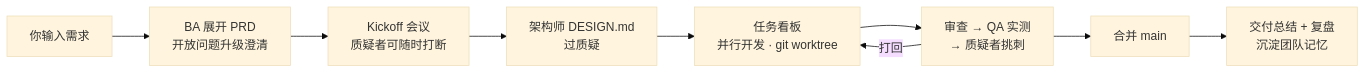
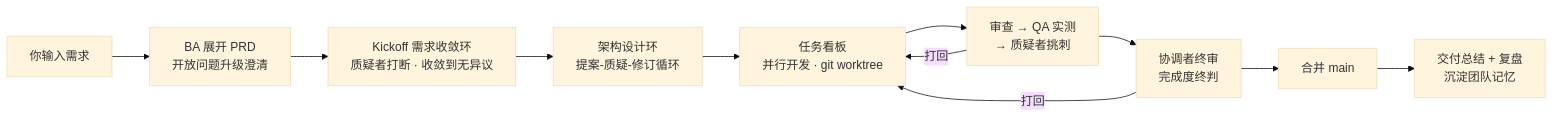
Before and after one commit to longwindwang1/agent-team: the first of 2 diagrams in README.md, drawn with Mermaid (base theme). The commit also changed other lines of this file and 2 other files, not shown here.

````diff
--- a/README.md
+++ b/README.md
@@ -7,11 +7,13 @@
 ```mermaid
 flowchart LR
     A[你输入需求] --> B[BA 展开 PRD<br/>开放问题升级澄清]
-    B --> C[Kickoff 会议<br/>质疑者可随时打断]
-    C --> D[架构师 DESIGN.md<br/>过质疑]
+    B --> C[Kickoff 需求收敛环<br/>质疑者打断 · 收敛到无异议]
+    C --> D[架构设计环<br/>提案-质疑-修订循环]
     D --> E[任务看板<br/>并行开发 · git worktree]
     E --> F[审查 → QA 实测<br/>→ 质疑者挑刺]
-    F --> G[合并 main]
+    F --> FR[协调者终审<br/>完成度终判]
+    FR --> G[合并 main]
     G --> H[交付总结 + 复盘<br/>沉淀团队记忆]
     F -->|打回| E
+    FR -->|打回| E
 ```
````
